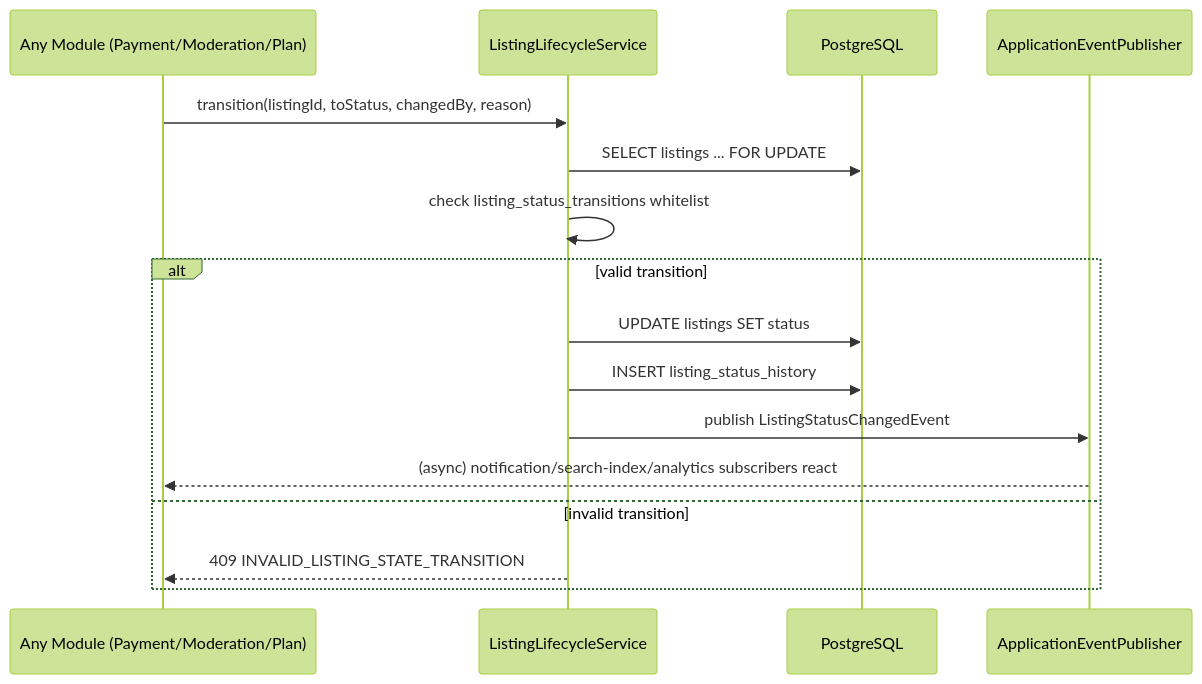
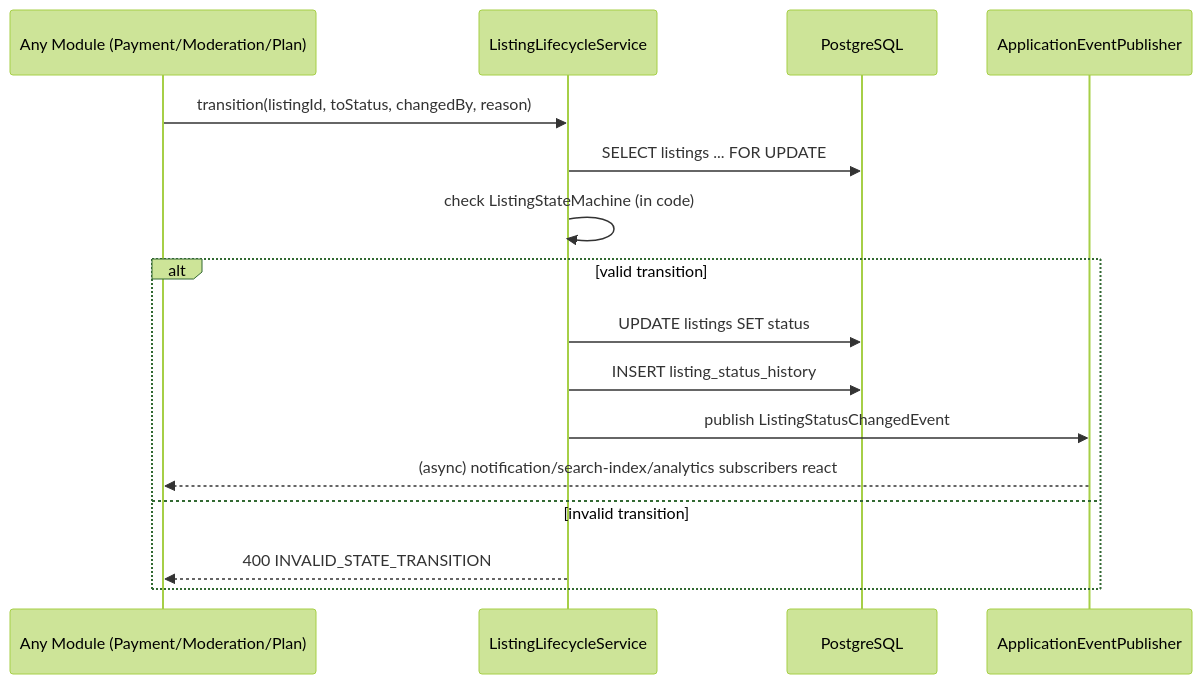
The ninth of 13 diagrams in LLD/Sprint-2-Seller Listing Creation-LLD.md (VSPL-New/Documents), drawn with Mermaid (forest theme) before and after one commit. The commit also changed other lines of this file and 13 other files, not shown here.

````diff
--- a/LLD/Sprint-2-Seller Listing Creation-LLD.md
+++ b/LLD/Sprint-2-Seller Listing Creation-LLD.md
@@ -1936,19 +1946,19 @@
 ```mermaid
 sequenceDiagram
     participant Caller as Any Module (Payment/Moderation/Plan)
     participant Lifecycle as ListingLifecycleService
     participant DB as PostgreSQL
     participant Bus as ApplicationEventPublisher
 
     Caller->>Lifecycle: transition(listingId, toStatus, changedBy, reason)
     Lifecycle->>DB: SELECT listings ... FOR UPDATE
-    Lifecycle->>Lifecycle: check listing_status_transitions whitelist
+    Lifecycle->>Lifecycle: check ListingStateMachine (in code)
     alt valid transition
         Lifecycle->>DB: UPDATE listings SET status
         Lifecycle->>DB: INSERT listing_status_history
         Lifecycle->>Bus: publish ListingStatusChangedEvent
         Bus-->>Caller: (async) notification/search-index/analytics subscribers react
     else invalid transition
-        Lifecycle-->>Caller: 409 INVALID_LISTING_STATE_TRANSITION
+        Lifecycle-->>Caller: 400 INVALID_STATE_TRANSITION
     end
 ```
````
